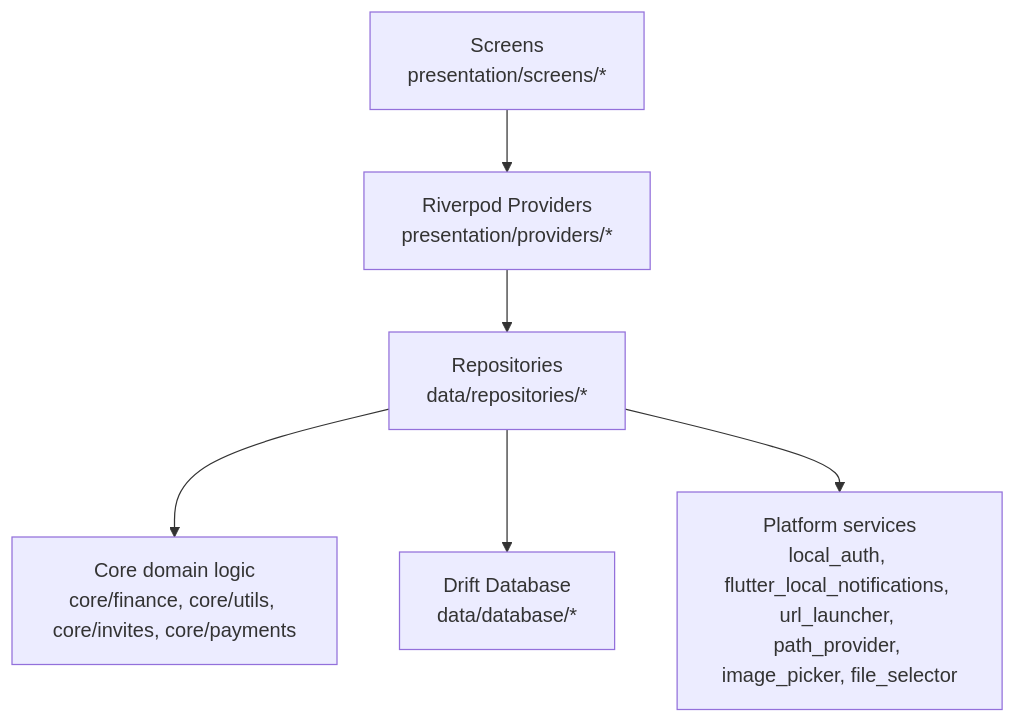
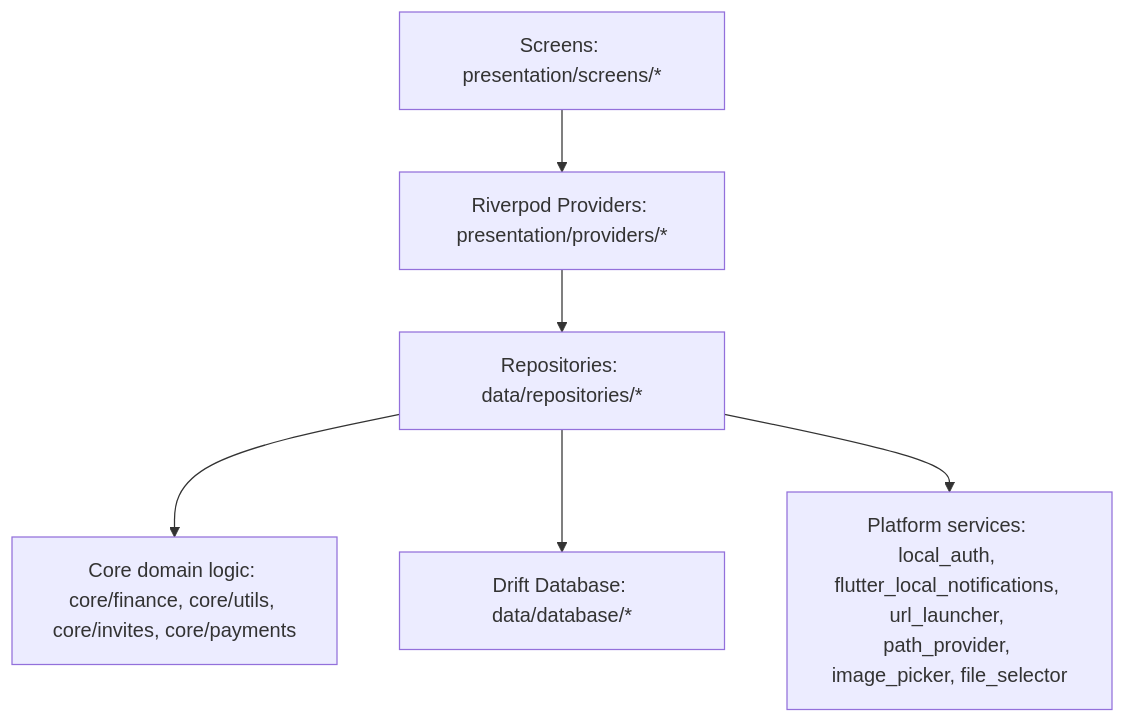
One commit to KaranAgrawal25/Campus-QuickSplit changed the second of 8 diagrams in README.md. Above: the diagram before and after it, drawn with Mermaid. The commit also changed other lines of this file, not shown here.

````diff
--- a/README.md
+++ b/README.md
@@ -190,8 +222,8 @@
 ```mermaid
 flowchart TD
-    Screens["Screens\npresentation/screens/*"] --> Providers["Riverpod Providers\npresentation/providers/*"]
-    Providers --> Repositories["Repositories\ndata/repositories/*"]
-    Repositories --> Core["Core domain logic\ncore/finance, core/utils, core/invites, core/payments"]
-    Repositories --> Database["Drift Database\ndata/database/*"]
-    Repositories --> Platform["Platform services\nlocal_auth, flutter_local_notifications, url_launcher, path_provider, image_picker, file_selector"]
+    Screens["Screens: presentation/screens/*"] --> Providers["Riverpod Providers: presentation/providers/*"]
+    Providers --> Repositories["Repositories: data/repositories/*"]
+    Repositories --> Core["Core domain logic: core/finance, core/utils, core/invites, core/payments"]
+    Repositories --> Database["Drift Database: data/database/*"]
+    Repositories --> Platform["Platform services: local_auth, flutter_local_notifications, url_launcher, path_provider, image_picker, file_selector"]
 ```
````
